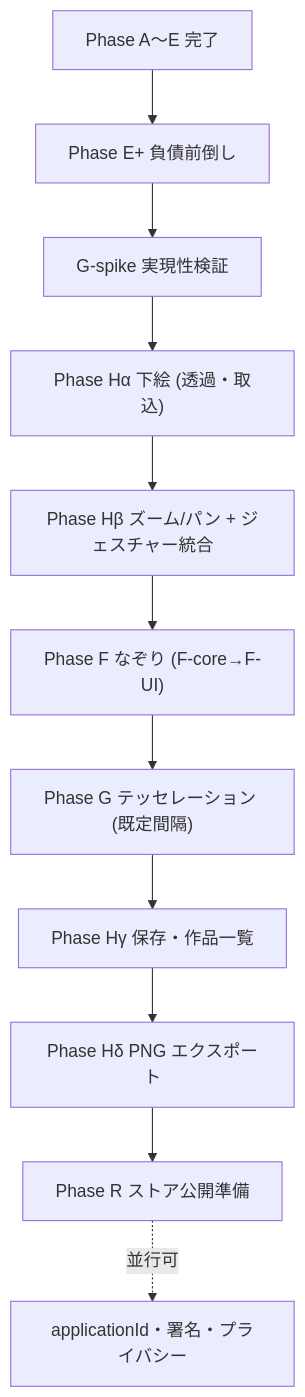
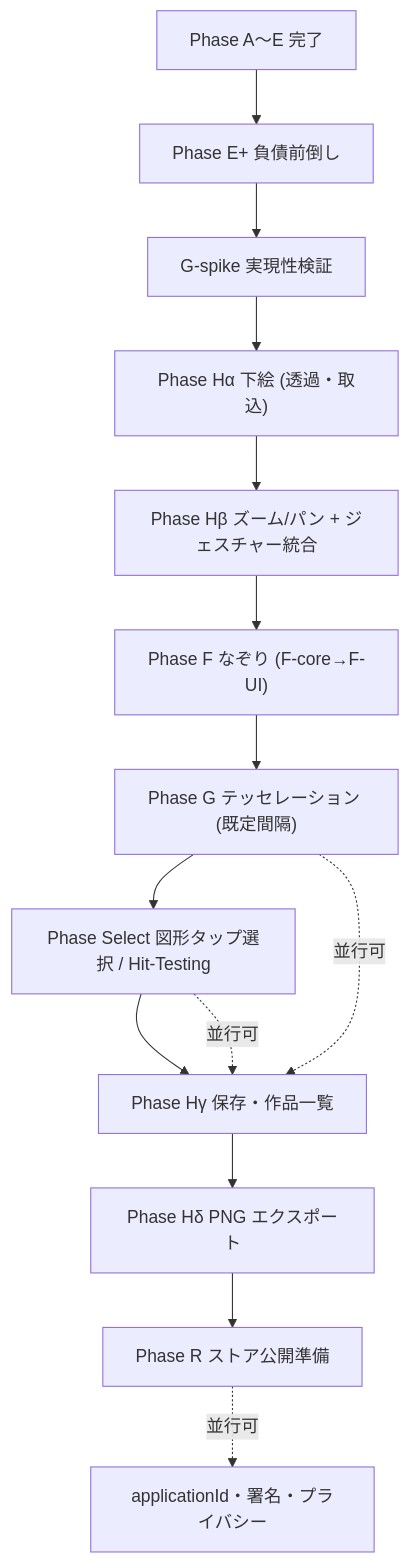
Before and after one commit to tukimibook/lowpoly_maker: the second of 2 diagrams in .cursor/plans/ポリゴンアプリ再設計_e54196e6.plan.md, drawn with Mermaid. The commit also changed other lines of this file and 10 other files, not shown here.

First line of the commit message:
feat(editor): implement direct polygon selection via hit-testing

````diff
--- a/.cursor/plans/ポリゴンアプリ再設計_e54196e6.plan.md
+++ b/.cursor/plans/ポリゴンアプリ再設計_e54196e6.plan.md
@@ -112,13 +115,16 @@
 ```mermaid
 flowchart TD
   Done["Phase A〜E 完了"] --> Eplus["Phase E+ 負債前倒し"]
   Eplus --> Gspike["G-spike 実現性検証"]
   Gspike --> Ha["Phase Hα 下絵 (透過・取込)"]
   Ha --> Hb["Phase Hβ ズーム/パン + ジェスチャー統合"]
   Hb --> F["Phase F なぞり (F-core→F-UI)"]
   F --> G["Phase G テッセレーション (既定間隔)"]
-  G --> Hg["Phase Hγ 保存・作品一覧"]
+  G --> Select["Phase Select 図形タップ選択 / Hit-Testing"]
+  Select --> Hg["Phase Hγ 保存・作品一覧"]
+  G -.->|並行可| Hg
+  Select -.->|並行可| Hg
   Hg --> Hd["Phase Hδ PNG エクスポート"]
   Hd --> R["Phase R ストア公開準備"]
   R -.->|並行可| Rearly["applicationId・署名・プライバシー"]
 ```
````
